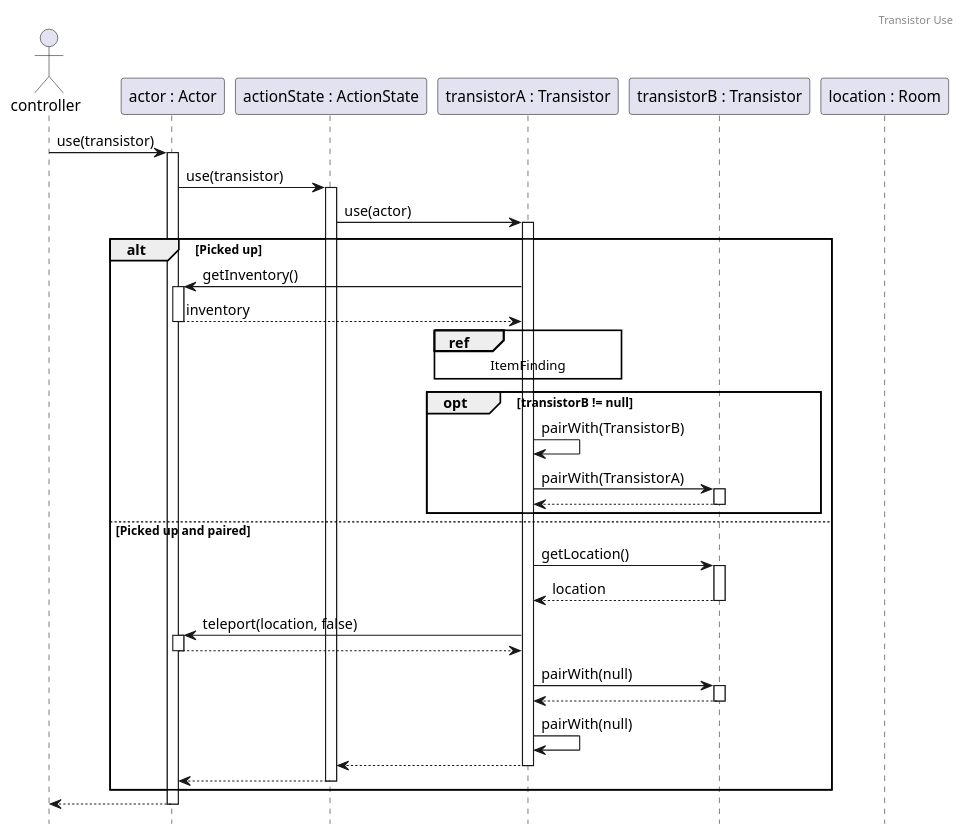
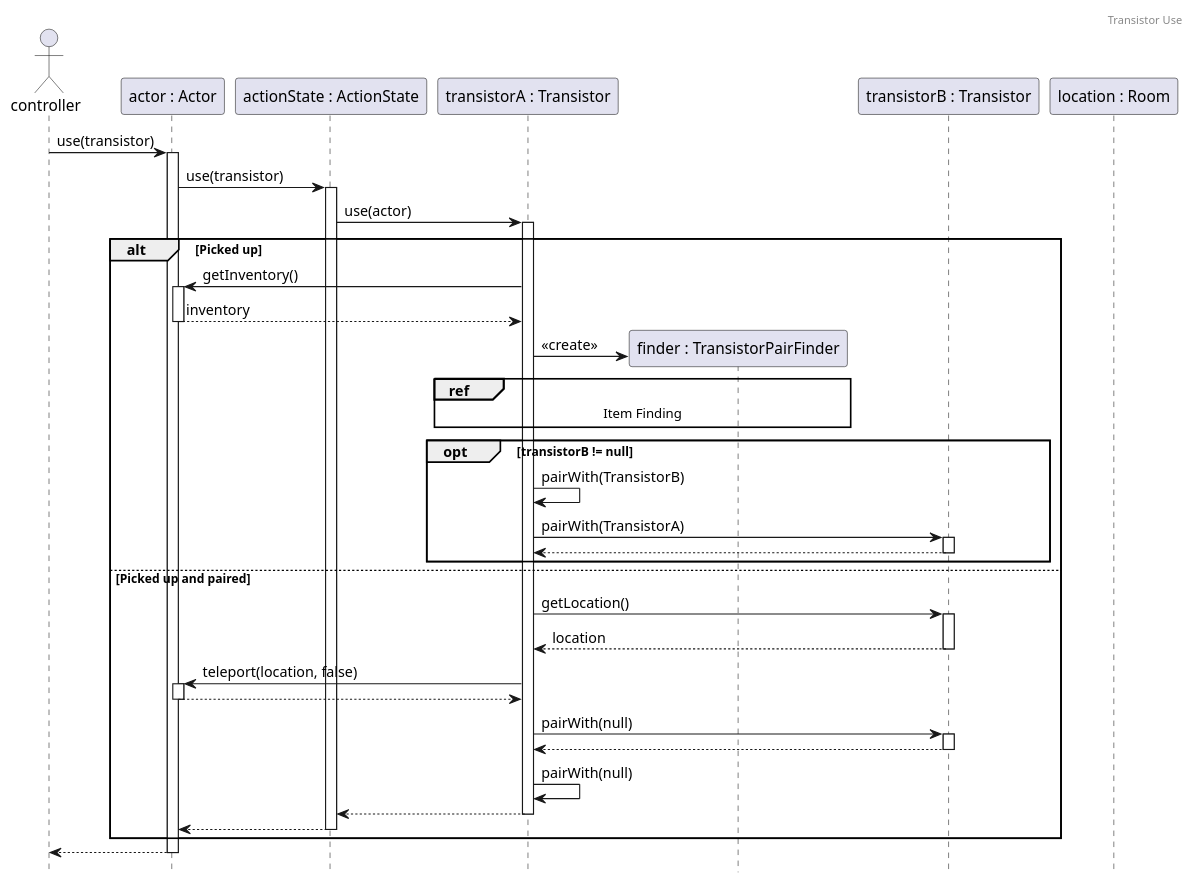
One commit to Kristof-me/Logarlec changed the diagram in docs/sequence/items/TransistorUse.puml. Above: the diagram before and after it, drawn with PlantUML. The commit also changed 8 other files, not shown here.

Commit message:
Checked Sequence 13-24

```diff
--- a/docs/sequence/items/TransistorUse.puml
+++ b/docs/sequence/items/TransistorUse.puml
@@ -1,42 +1,46 @@
 @startuml TransistorUse
 header Transistor Use
 hide footbox
 
 actor controller
 participant actor as "actor : Actor"
 participant state as "actionState : ActionState"
 participant t1 as "transistorA : Transistor"
-participant t2 as "transistorB : Transistor"
-participant location as "location : Room"
 
 controller -> actor++: use(transistor)
 actor -> state ++: use(transistor)
 state -> t1++: use(actor)
 
 alt Picked up
     t1 -> actor++: getInventory()
     return inventory
-    ref over t1: ItemFinding
+
+    create finder as "finder : TransistorPairFinder"
+    t1 -> finder : <<create>>
+    ref over t1, finder: Item Finding
+
+participant t2 as "transistorB : Transistor"
+participant location as "location : Room"
 
     opt  transistorB != null
         t1 -> t1: pairWith(TransistorB)
         t1 -> t2++: pairWith(TransistorA)
         return
     end
 else Picked up and paired
     t1 -> t2++: getLocation()
     return location
     
     t1 -> actor++: teleport(location, false)
     return
     
     t1 -> t2++: pairWith(null)
     return
 
     t1 -> t1: pairWith(null)
     return
 
     return
 end
 return
 @enduml
```
